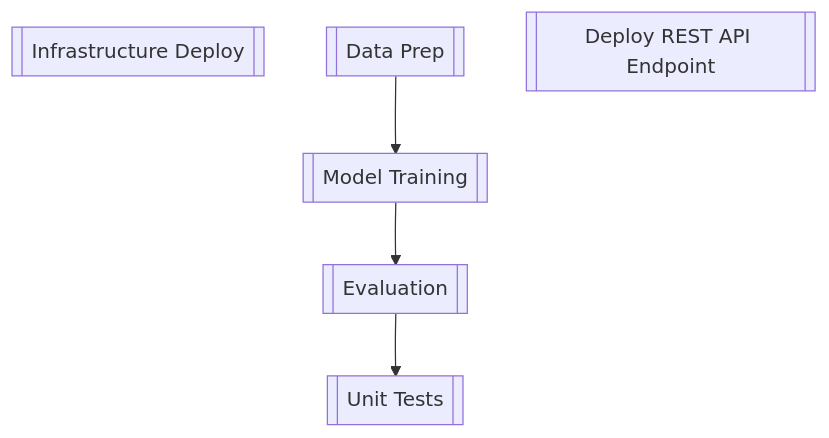
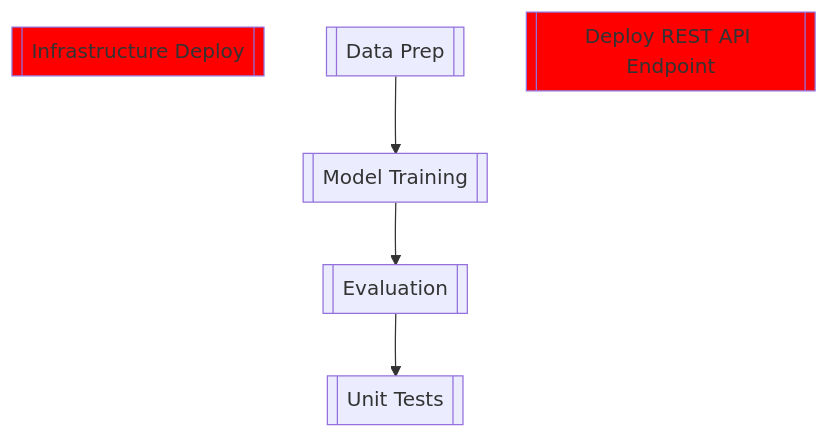
The fifth of 7 diagrams in slides.qmd (StatSocAus/tutorial_deploywithazure), drawn with Mermaid before and after one commit. The commit also changed other lines of this file and 3 other files, not shown here.

````diff
--- a/slides.qmd
+++ b/slides.qmd
@@ -154,6 +227,8 @@
 ```{mermaid}
 graph TB
   b1[[Infrastructure Deploy]]
   a1[[Data Prep]]-->a2[[Model Training]]-->a3[[Evaluation]]-->a4[[Unit Tests]]
   e1[[Deploy REST API Endpoint]]
+  style b1 fill:red
+  style e1 fill:red
 ```
````
